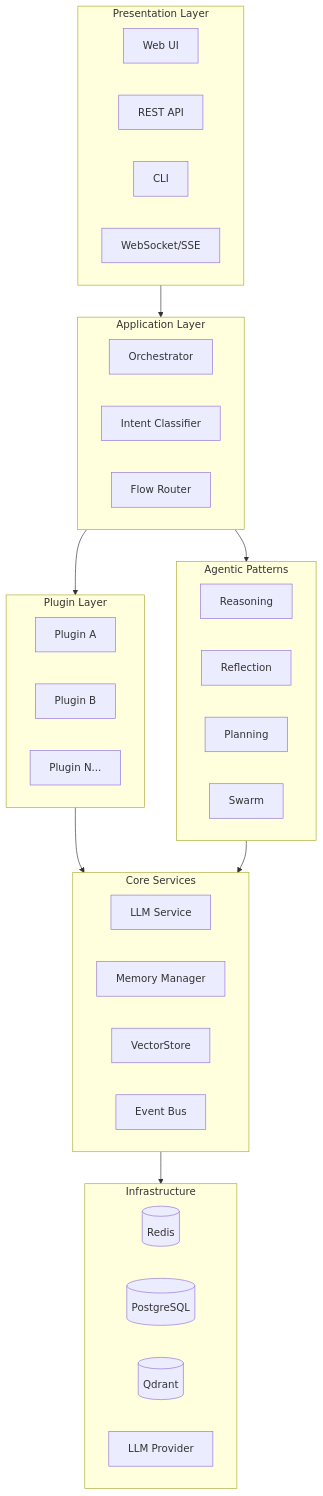
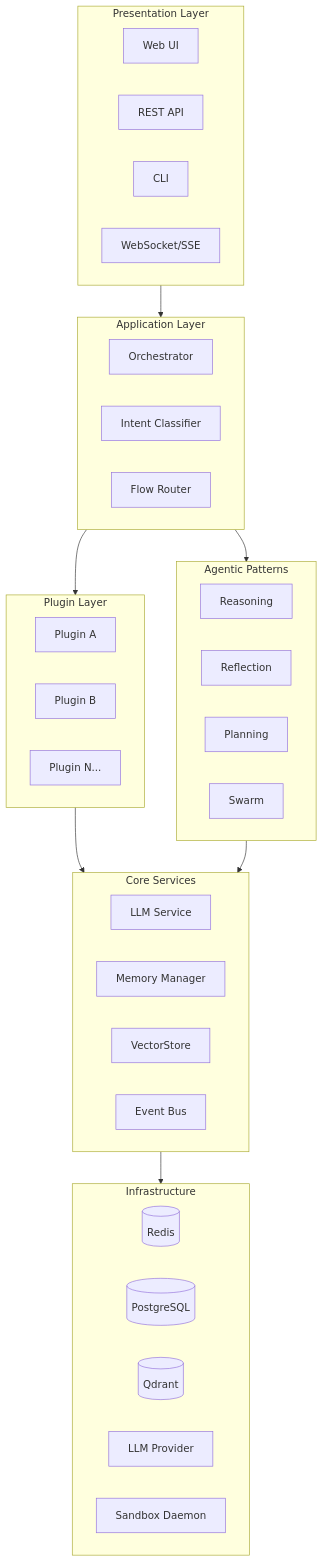
One commit to baselithcore/baselithcore changed the first of 3 diagrams in mkdocs-site/docs/architecture/overview.md. Above: the diagram before and after it, drawn with Mermaid. The commit also changed 2 other files, not shown here.

Commit message:
Detail the secure sandbox daemon's Docker-in-Docker implementation, deployment, and architectural integration.

````diff
--- a/mkdocs-site/docs/architecture/overview.md
+++ b/mkdocs-site/docs/architecture/overview.md
@@ -14,49 +14,50 @@
 ```mermaid
 graph TB
     subgraph Presentation["Presentation Layer"]
         WebUI[Web UI]
         RestAPI[REST API]
         CLI[CLI]
         WS[WebSocket/SSE]
     end
     
     subgraph Application["Application Layer"]
         Orch[Orchestrator]
         Intent[Intent Classifier]
         Router[Flow Router]
     end
     
     subgraph Domain["Plugin Layer"]
         P1[Plugin A]
         P2[Plugin B]
         P3[Plugin N...]
     end
     
     subgraph Core["Core Services"]
         LLM[LLM Service]
         Memory[Memory Manager]
         VS[VectorStore]
         Events[Event Bus]
     end
     
     subgraph Patterns["Agentic Patterns"]
         Reasoning[Reasoning]
         Reflection[Reflection]
         Planning[Planning]
         Swarm[Swarm]
     end
     
     subgraph Infrastructure["Infrastructure"]
         Redis[(Redis)]
         PG[(PostgreSQL)]
         Qdrant[(Qdrant)]
         LLMProv[LLM Provider]
+        Sandbox[Sandbox Daemon]
     end
     
     Presentation --> Application
     Application --> Domain
     Application --> Patterns
     Domain --> Core
     Patterns --> Core
     Core --> Infrastructure
 ```
````
